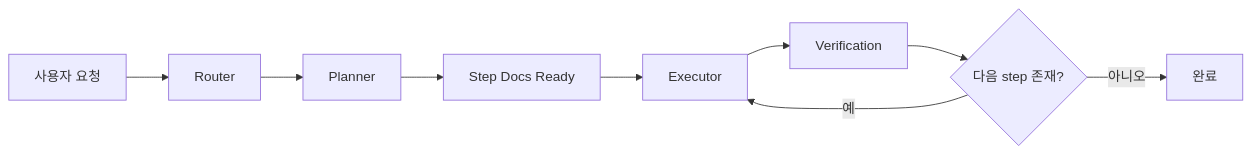
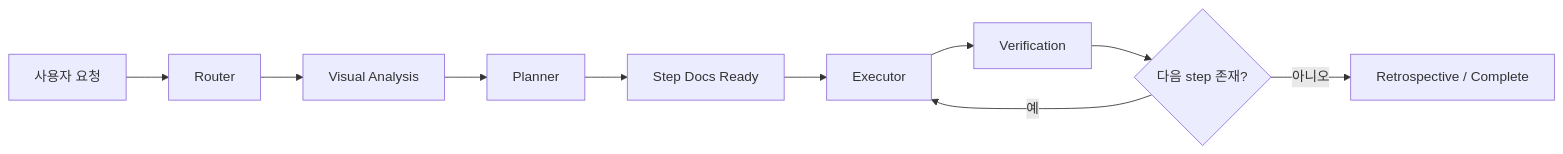
The diagram in README.md (Tedeeeee/harness), drawn with Mermaid before and after one commit. The commit also changed other lines of this file and 172 other files, not shown here.

````diff
--- a/README.md
+++ b/README.md
@@ -45,11 +19,12 @@
 ```mermaid
 flowchart LR
     A["사용자 요청"] --> B["Router"]
-    B --> C["Planner"]
-    C --> D["Step Docs Ready"]
-    D --> E["Executor"]
-    E --> F["Verification"]
-    F --> G{"다음 step 존재?"}
-    G -- "예" --> E
-    G -- "아니오" --> H["완료"]
+    B --> C["Visual Analysis"]
+    C --> D["Planner"]
+    D --> E["Step Docs Ready"]
+    E --> F["Executor"]
+    F --> G["Verification"]
+    G --> H{"다음 step 존재?"}
+    H -- "예" --> F
+    H -- "아니오" --> I["Retrospective / Complete"]
 ```
````
